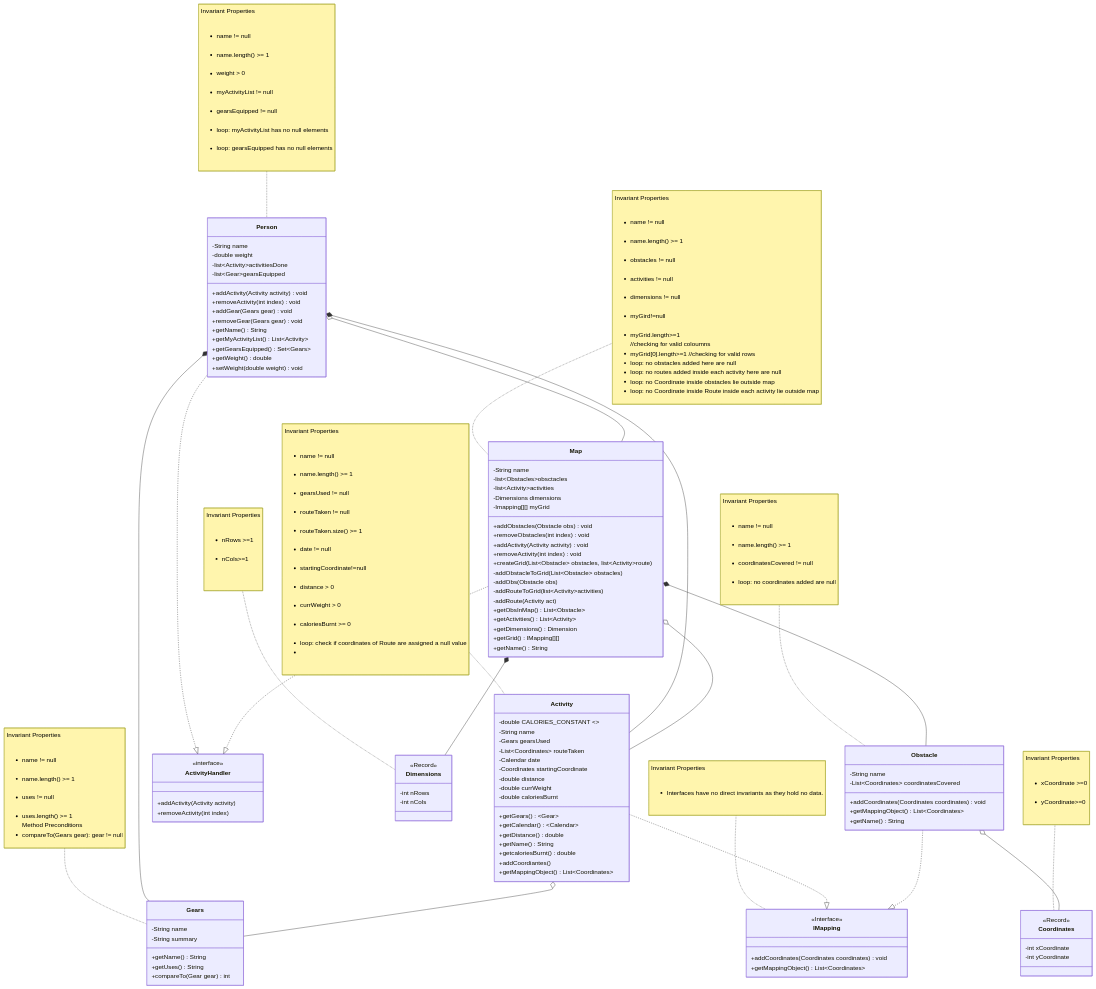
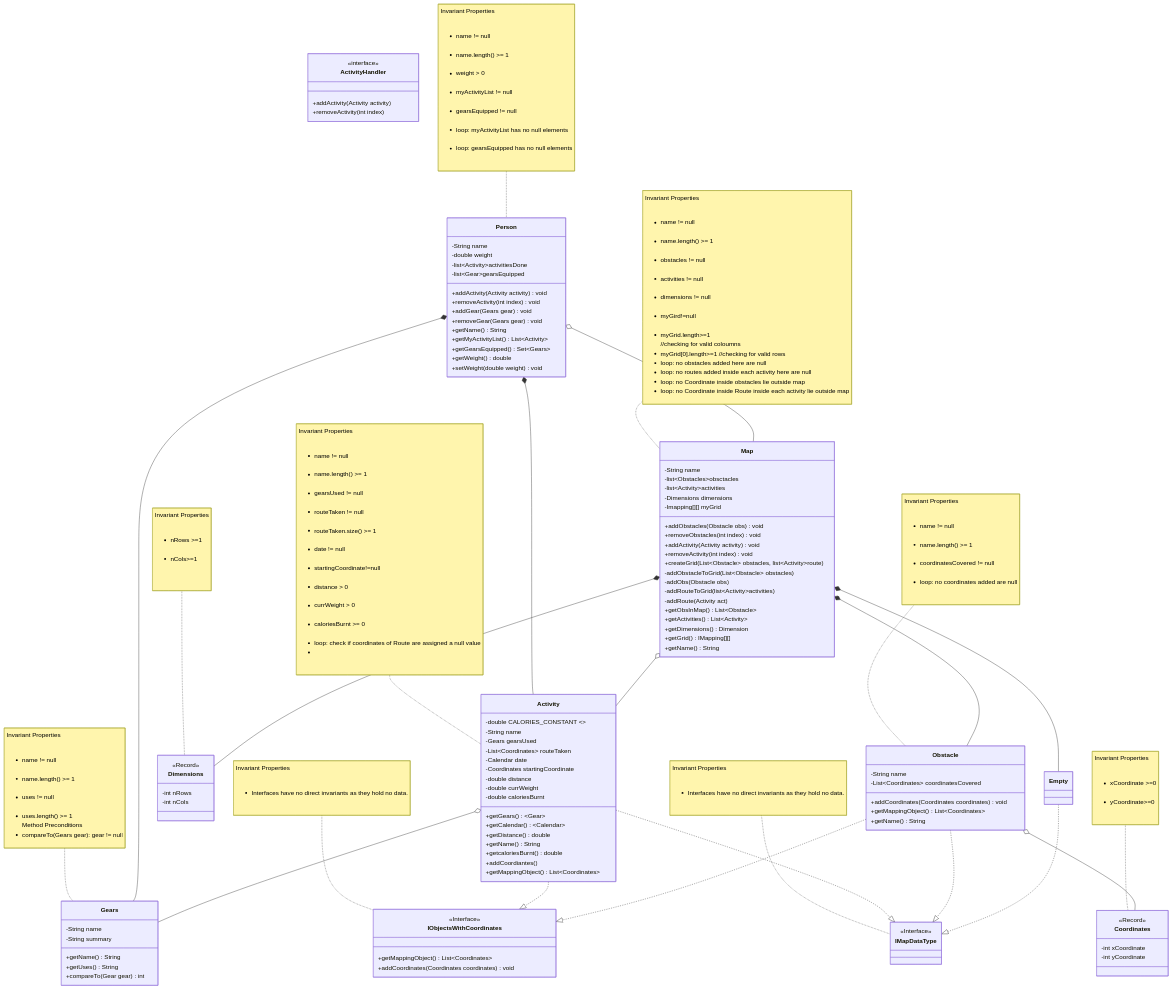
One commit to umangmehta0007/Excercise_Tracker changed the diagram in README.md. Above: the diagram before and after it, drawn with Mermaid. The commit also changed other lines of this file and 13 other files, not shown here.

First line of the commit message:
One new interfaces were added which include an interface for all objects which required coordiantes on the map that were Route and Obstacle.

````diff
--- a/README.md
+++ b/README.md
@@ -218,21 +224,30 @@
         +compareTo(Gear gear) int
     }
 
-    note for IMapping "Invariant Properties
+    note for IObjectsWithCoordinates "Invariant Properties
     <ul>
     <li>Interfaces have no direct invariants as they hold no data.</li>
     </ul>"
 
-    class IMapping{
+    class IObjectsWithCoordinates{
             <<Interface>>
+            +getMappingObject() List~Coordinates~
             +addCoordinates(Coordinates coordinates) void
-            +getMappingObject() List~Coordinates~
     }
 
     class ActivityHandler {
         <<interface>>
         +addActivity(Activity activity)
         +removeActivity(int index)
+    }
+
+    note for IMapDataType "Invariant Properties
+    <ul>
+    <li>Interfaces have no direct invariants as they hold no data.</li>
+    </ul>"
+    
+    class IMapDataType{
+        <<Interface>>
     }
     note for Dimensions"Invariant Properties
             <ul>
@@ -255,11 +270,14 @@
     Map *-- Obstacle
     Map o-- Activity
     Map *-- Dimensions
+    Map *--Empty
 
     Activity o-- Gears
 
-    Activity ..|> IMapping
-    Obstacle ..|> IMapping
-    Person ..|> ActivityHandler
-    Map ..|> ActivityHandler
+    Activity ..|> IObjectsWithCoordinates
+    Obstacle ..|> IObjectsWithCoordinates
+    
+    Activity ..|> IMapDataType
+    Obstacle ..|> IMapDataType
+    Empty ..|> IMapDataType
 ```
````
